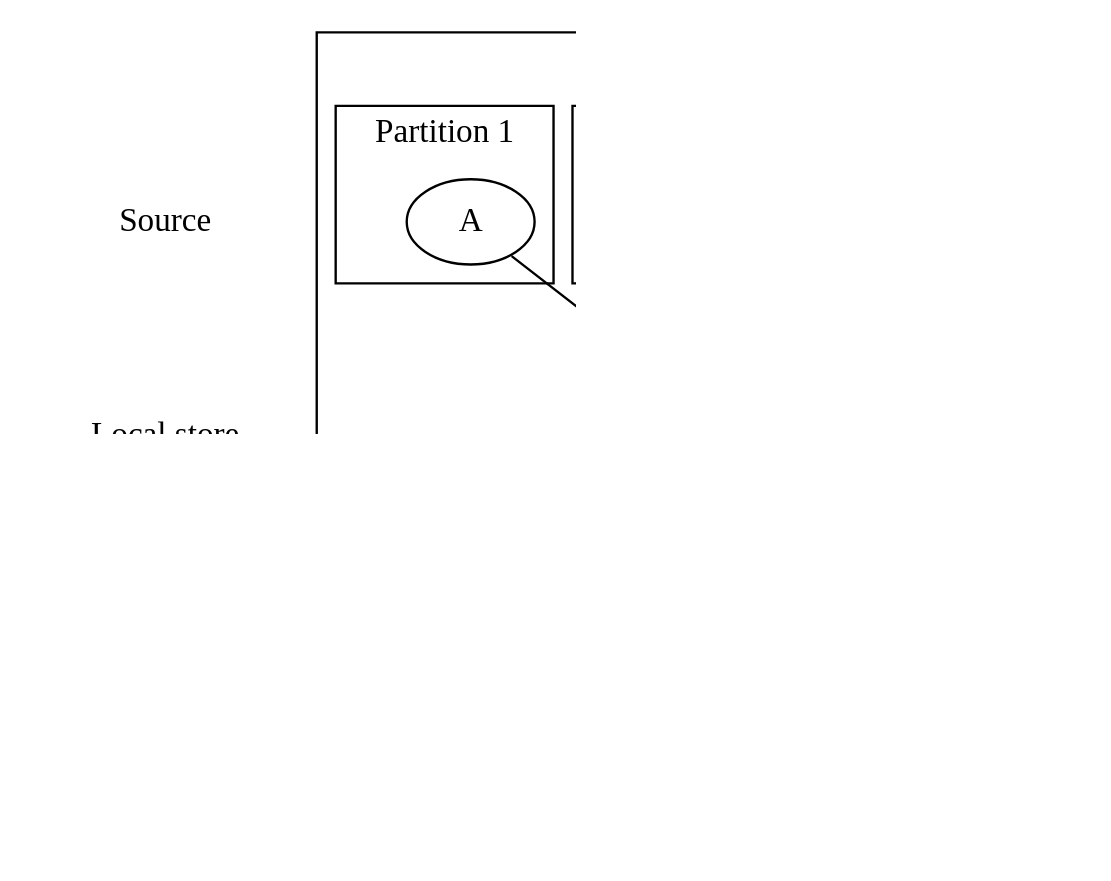
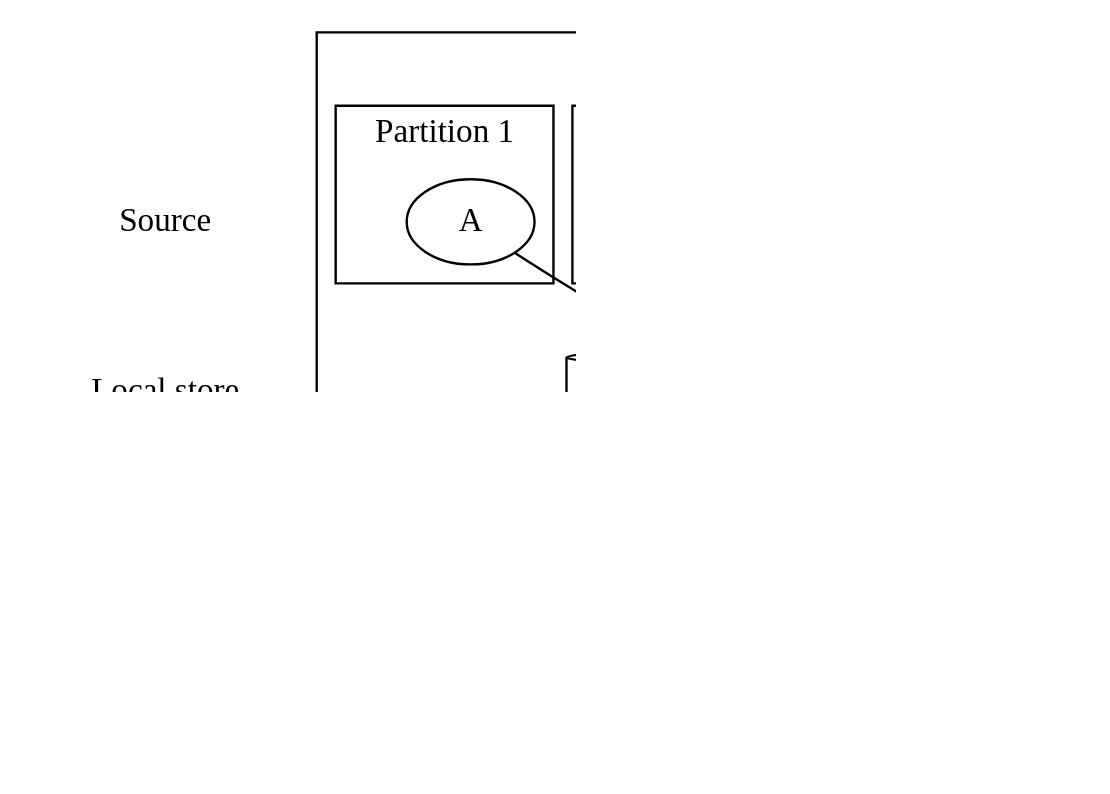
Diagram 41 of 51 in src/main/asciidoc/lecture.adoc (inponomarev/kafka-hjs), drawn with Graphviz before and after one commit. The commit also changed other lines of this file, not shown here.

```diff
--- a/src/main/asciidoc/lecture.adoc
+++ b/src/main/asciidoc/lecture.adoc
@@ -1878,69 +1905,69 @@
 [graphviz, "local-partitioning-2.png"]
 -----
 digraph D {
   graph [ dpi = 150 ];
   subgraph system {
 
      subgraph cluster_s2{
           style = "invis"
           S1 [shape=plaintext label = "Source"];
           S2 [shape=plaintext label = "Local store"];
           S3 [shape=plaintext label = "Changelog"];
           S1->S2->S3 [style="invis"]
       }
 
     subgraph cluster_p1 {
       label = "Worker 1";
         
         subgraph cluster_pp2{
               label = "Partition 3"
                 
               d[label = "D"];
               
               
           }
           
           
         d->ls1;
         
         ls1->p3[dir="both"];
           
           subgraph cluster_pp11{
               label = "Partition 2"
           
               b [label = "B"];
               c[label = "C"];
               
           }
  
         subgraph cluster_pp1{
               label = "Partition 1"
               
               
               a [label = "A"];
               
           }
           
         
-        ls1[shape="cylinder" label = "A: 19\nB: 12\nD: 22"]
+        ls1[shape="cylinder" label = "A: 19, B: 12, D: 22"]
         a->ls1;
         b->ls1;
         c->ls1;
         
         p1[shape="plaintext"; style="filled"; fillcolor="#ffffcc"; label = "Partition 2"];
         p2[shape="plaintext"; style="filled"; fillcolor="#ffffcc"; label = "Partition 3"];
         p3[shape="plaintext"; style="filled"; fillcolor="#ffffcc"; label = "Partition 1"];
         ls1->p1[dir="both"];
         ls1->p2[dir="both"];
         
 
     }
         p1->p1v1;
         p2->p2v1;
         p3->p3v1;
         p1v1[shape="record"; label="{B: 12|B: 10}"];
         p2v1[shape="record"; label="{D: 22|D: 20}"];
         p3v1[shape="record"; label="{A: 19|A: 15}"];
   }
 } 
 -----
```
